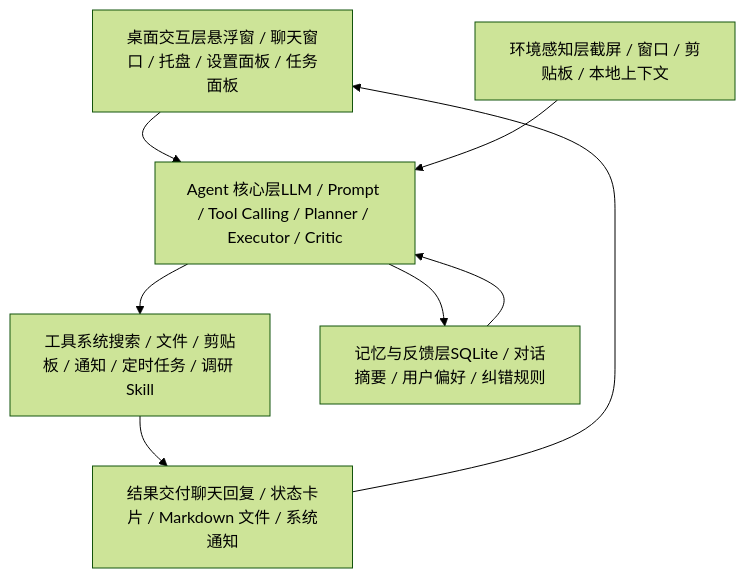
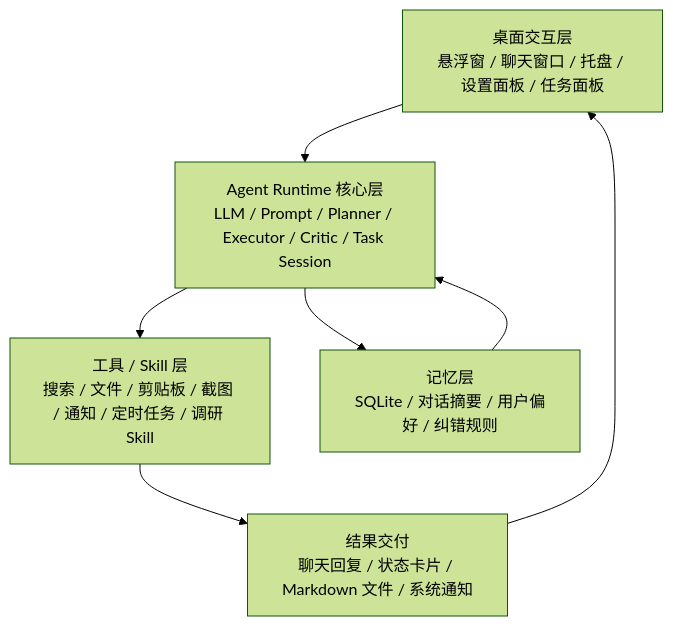
One commit to ln872790057/DeskAgent-EvolveCat changed the diagram in README.md. Above: the diagram before and after it, drawn with Mermaid (forest theme). The commit also changed other lines of this file, not shown here.

````diff
--- a/README.md
+++ b/README.md
@@ -111,17 +17,15 @@
 ```mermaid
 flowchart TD
-    A[桌面交互层悬浮窗 / 聊天窗口 / 托盘 / 设置面板 / 任务面板]
-    B[Agent 核心层LLM / Prompt / Tool Calling / Planner / Executor / Critic]
-    C[工具系统搜索 / 文件 / 剪贴板 / 通知 / 定时任务 / 调研 Skill]
-    D[记忆与反馈层SQLite / 对话摘要 / 用户偏好 / 纠错规则]
-    E[环境感知层截屏 / 窗口 / 剪贴板 / 本地上下文]
-    F[结果交付聊天回复 / 状态卡片 / Markdown 文件 / 系统通知]
+    A["桌面交互层<br/>悬浮窗 / 聊天窗口 / 托盘 / 设置面板 / 任务面板"]
+    B["Agent Runtime 核心层<br/>LLM / Prompt / Planner / Executor / Critic / Task Session"]
+    C["工具 / Skill 层<br/>搜索 / 文件 / 剪贴板 / 截图 / 通知 / 定时任务 / 调研 Skill"]
+    D["记忆层<br/>SQLite / 对话摘要 / 用户偏好 / 纠错规则"]
+    E["结果交付<br/>聊天回复 / 状态卡片 / Markdown 文件 / 系统通知"]
 
     A --> B
     B --> C
     B --> D
-    E --> B
-    C --> F
+    C --> E
     D --> B
-    F --> A
+    E --> A
 ```
````
